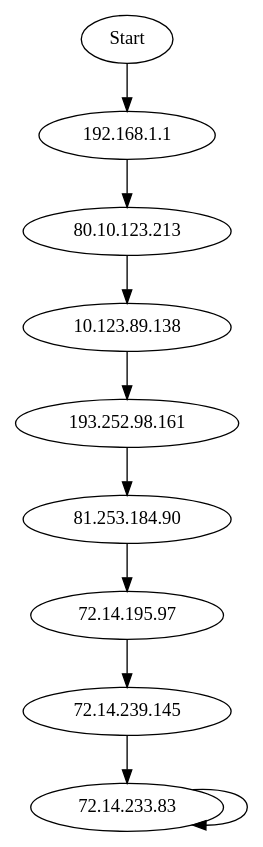
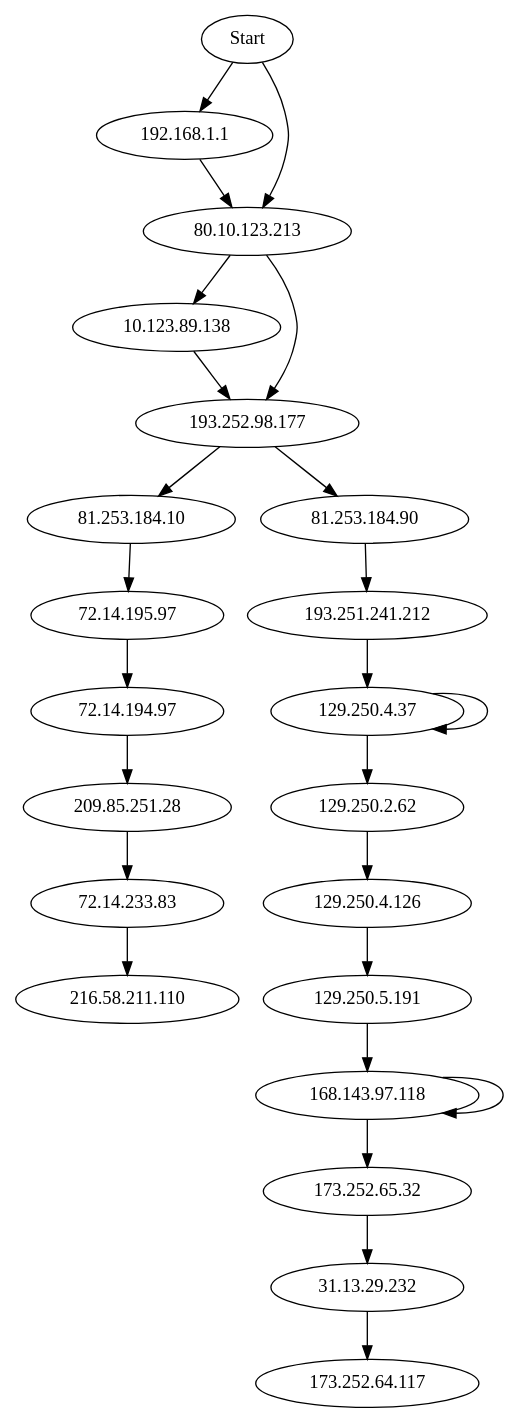
Before and after one commit to Sloubidou/TP1: the diagram in usr/bin/monFichier.dot, drawn with Graphviz. The commit also changed 2 other files, not shown here.

```diff
--- a/usr/bin/monFichier.dot
+++ b/usr/bin/monFichier.dot
@@ -1,11 +1,26 @@
 digraph G {
 "Start" -> "192.168.1.1"; 
 "192.168.1.1" -> "80.10.123.213"; 
 "80.10.123.213" -> "10.123.89.138"; 
-"10.123.89.138" -> "193.252.98.161"; 
-"193.252.98.161" -> "81.253.184.90"; 
-"81.253.184.90" -> "72.14.195.97"; 
-"72.14.195.97" -> "72.14.239.145"; 
-"72.14.239.145" -> "72.14.233.83"; 
-"72.14.233.83" -> "72.14.233.83"; 
+"10.123.89.138" -> "193.252.98.177"; 
+"193.252.98.177" -> "81.253.184.10"; 
+"81.253.184.10" -> "72.14.195.97"; 
+"72.14.195.97" -> "72.14.194.97"; 
+"72.14.194.97" -> "209.85.251.28"; 
+"209.85.251.28" -> "72.14.233.83"; 
+"72.14.233.83" -> "216.58.211.110"; 
+"Start" -> "80.10.123.213"; 
+"80.10.123.213" -> "193.252.98.177"; 
+"193.252.98.177" -> "81.253.184.90"; 
+"81.253.184.90" -> "193.251.241.212"; 
+"193.251.241.212" -> "129.250.4.37"; 
+"129.250.4.37" -> "129.250.4.37"; 
+"129.250.4.37" -> "129.250.2.62"; 
+"129.250.2.62" -> "129.250.4.126"; 
+"129.250.4.126" -> "129.250.5.191"; 
+"129.250.5.191" -> "168.143.97.118"; 
+"168.143.97.118" -> "168.143.97.118"; 
+"168.143.97.118" -> "173.252.65.32"; 
+"173.252.65.32" -> "31.13.29.232"; 
+"31.13.29.232" -> "173.252.64.117"; 
 }
```
